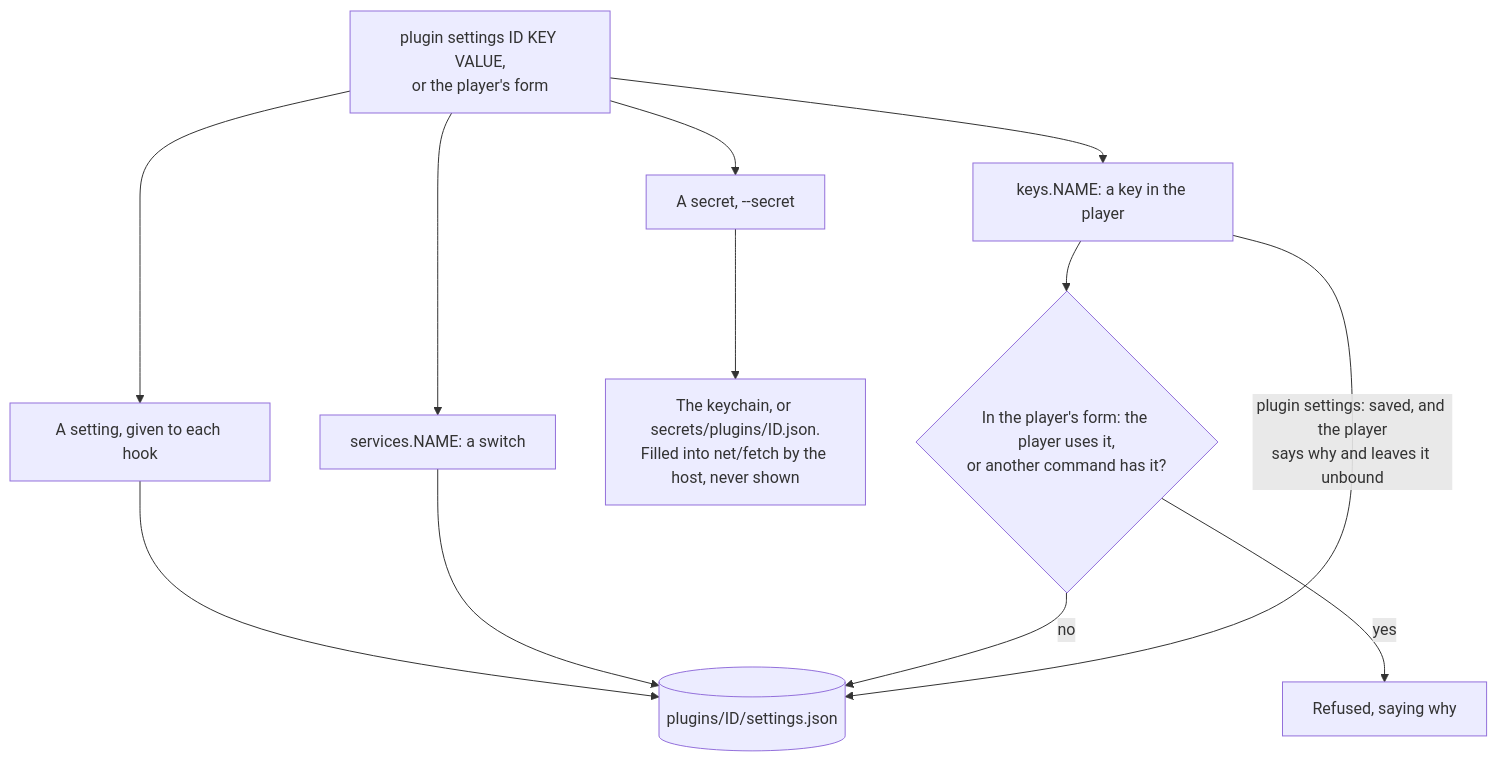
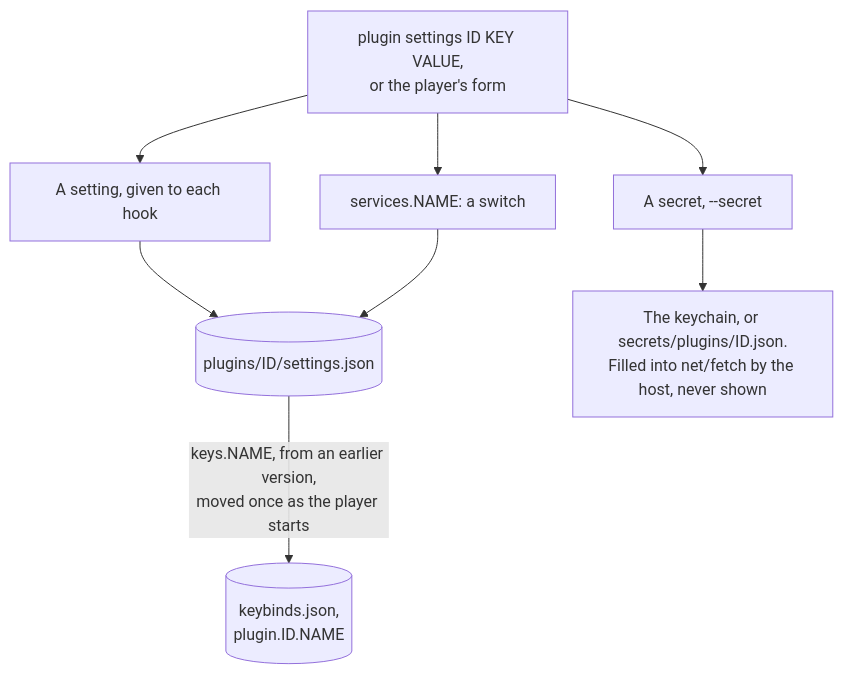
Before and after one commit to cutenode/localnetwork: diagram 15 of 17 in apps/locallibrary/docs/diagrams/plugins.md, drawn with Mermaid. The commit also changed other lines of this file and 186 other files, not shown here.

````diff
--- a/apps/locallibrary/docs/diagrams/plugins.md
+++ b/apps/locallibrary/docs/diagrams/plugins.md
@@ -324,14 +324,10 @@
 ```mermaid
 flowchart TD
     set["plugin settings ID KEY VALUE,<br/>or the player's form"] --> plain["A setting, given to each hook"]
     set --> secret["A secret, --secret"]
     set --> service["services.NAME: a switch"]
-    set --> key["keys.NAME: a key in the player"]
     plain --> file[("plugins/ID/settings.json")]
     secret --> keychain["The keychain, or secrets/plugins/ID.json.<br/>Filled into net/fetch by the host, never shown"]
     service --> file
-    key --> taken{"In the player's form: the player uses it,<br/>or another command has it?"}
-    taken -->|yes| refused["Refused, saying why"]
-    taken -->|no| file
-    key -->|"plugin settings: saved, and the player<br/>says why and leaves it unbound"| file
+    file -->|"keys.NAME, from an earlier version,<br/>moved once as the player starts"| keybinds[("keybinds.json,<br/>plugin.ID.NAME")]
 ```
````
